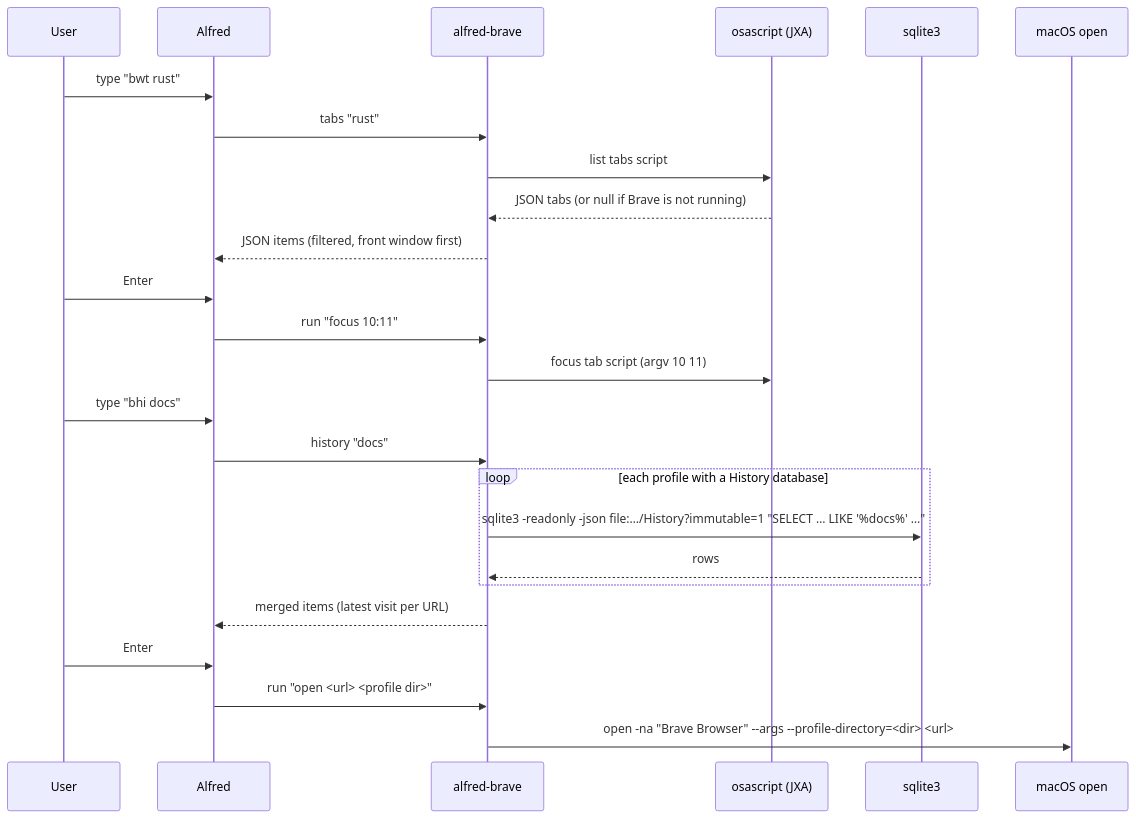
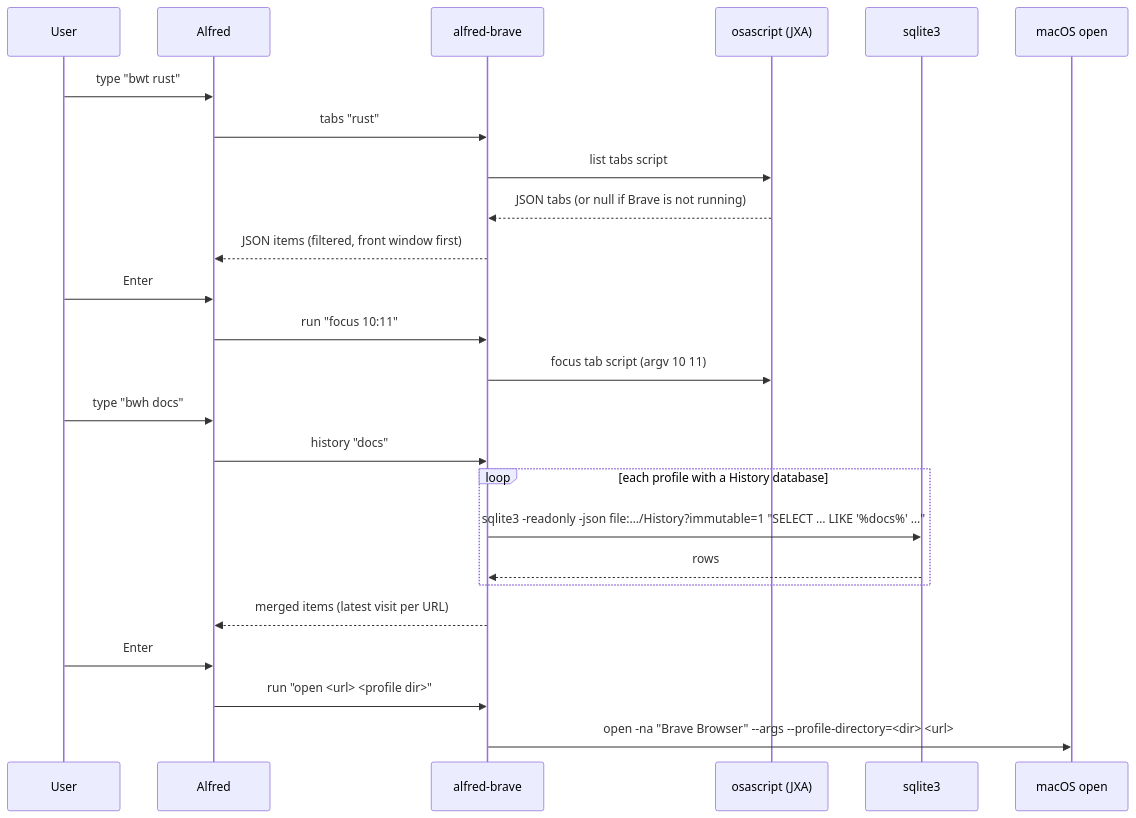
One commit to pdegeeter/alfred-brave-control-workflow changed the diagram in docs/architecture.md. Above: the diagram before and after it, drawn with Mermaid. The commit also changed other lines of this file and 7 other files, not shown here.

````diff
--- a/docs/architecture.md
+++ b/docs/architecture.md
@@ -55,29 +55,29 @@
 ```mermaid
 sequenceDiagram
     participant U as User
     participant A as Alfred
     participant B as alfred-brave
     participant J as osascript (JXA)
     participant S as sqlite3
     participant O as macOS open
 
     U->>A: type "bwt rust"
     A->>B: tabs "rust"
     B->>J: list tabs script
     J-->>B: JSON tabs (or null if Brave is not running)
     B-->>A: JSON items (filtered, front window first)
     U->>A: Enter
     A->>B: run "focus 10:11"
     B->>J: focus tab script (argv 10 11)
 
-    U->>A: type "bhi docs"
+    U->>A: type "bwh docs"
     A->>B: history "docs"
     loop each profile with a History database
         B->>S: sqlite3 -readonly -json file:…/History?immutable=1 "SELECT … LIKE '%docs%' …"
         S-->>B: rows
     end
     B-->>A: merged items (latest visit per URL)
     U->>A: Enter
     A->>B: run "open <url> <profile dir>"
     B->>O: open -na "Brave Browser" --args --profile-directory=<dir> <url>
 ```
````
